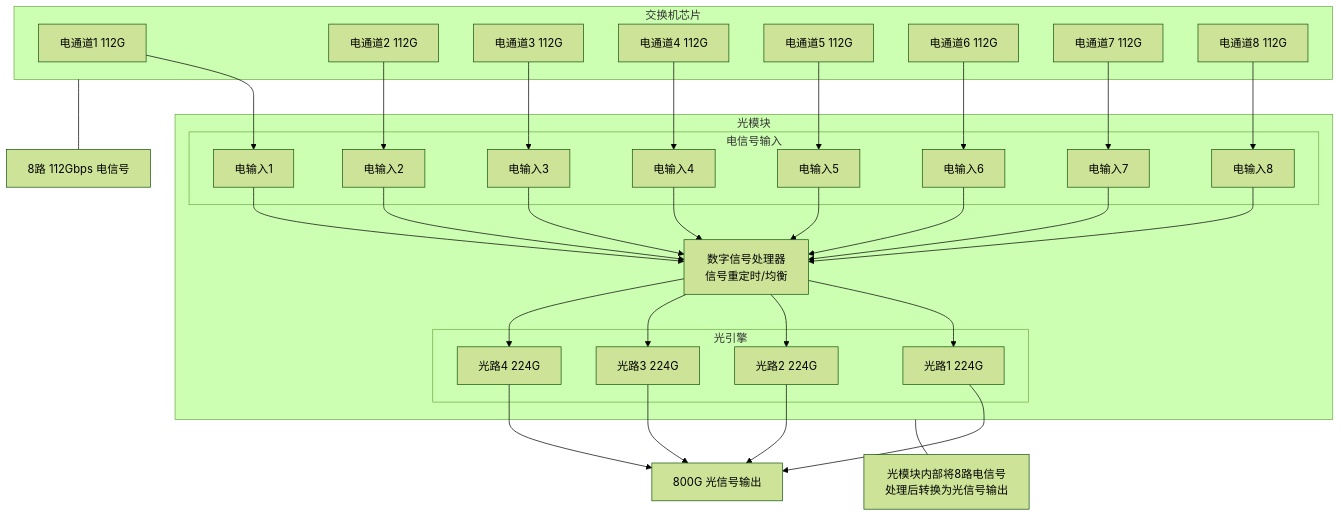
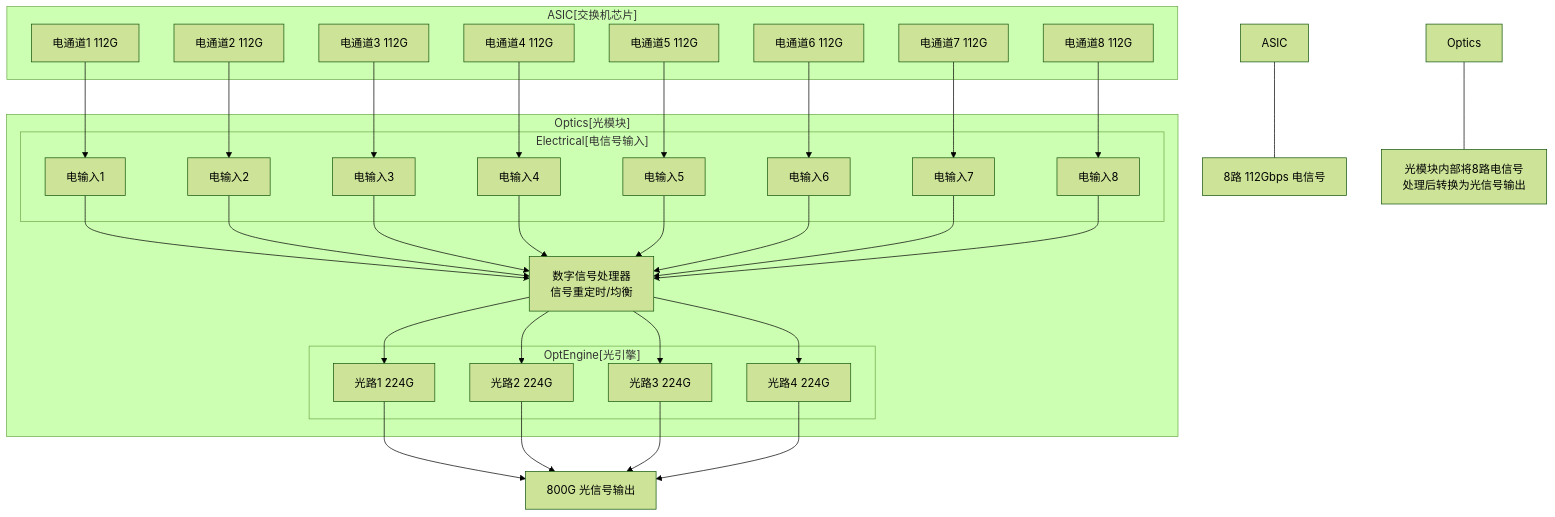
The second of 4 diagrams in output/Data_Center_Ethernet_Technology_and_Evolution_to_224_Gbps/03_下一代以太网速率__112_224_gbps_每通道__.md (jueshi/PocketFlow-Tutorial-Codebase-Knowledge), drawn with Mermaid (forest theme) before and after one commit. The commit also changed other lines of this file and 282 other files, not shown here.

````diff
--- a/output/Data_Center_Ethernet_Technology_and_Evolution_to_224_Gbps/03_下一代以太网速率__112_224_gbps_每通道__.md
+++ b/output/Data_Center_Ethernet_Technology_and_Evolution_to_224_Gbps/03_下一代以太网速率__112_224_gbps_每通道__.md
@@ -105,70 +104,69 @@
 ```mermaid
 graph TD
-    subgraph ASIC[交换机芯片]
+    subgraph "ASIC[交换机芯片]"
         E1[电通道1 112G]
         E2[电通道2 112G]
         E3[电通道3 112G]
         E4[电通道4 112G]
         E5[电通道5 112G]
         E6[电通道6 112G]
         E7[电通道7 112G]
         E8[电通道8 112G]
     end
 
-    subgraph Optics[光模块]
-        subgraph Electrical[电信号输入]
+    subgraph "Optics[光模块]"
+        subgraph "Electrical[电信号输入]"
             O_E1[电输入1]
             O_E2[电输入2]
             O_E3[电输入3]
             O_E4[电输入4]
             O_E5[电输入5]
             O_E6[电输入6]
             O_E7[电输入7]
             O_E8[电输入8]
         end
 
         DSP[数字信号处理器<br>信号重定时/均衡]
 
-        subgraph OptEngine[光引擎]
+        subgraph "OptEngine[光引擎]"
             Opt1[光路1 224G]
             Opt2[光路2 224G]
             Opt3[光路3 224G]
             Opt4[光路4 224G]
         end
     end
 
     E1 --> O_E1
     E2 --> O_E2
     E3 --> O_E3
     E4 --> O_E4
     E5 --> O_E5
     E6 --> O_E6
     E7 --> O_E7
     E8 --> O_E8
 
     O_E1 --> DSP
     O_E2 --> DSP
     O_E3 --> DSP
     O_E4 --> DSP
     O_E5 --> DSP
     O_E6 --> DSP
     O_E7 --> DSP
     O_E8 --> DSP
 
     DSP --> Opt1
     DSP --> Opt2
     DSP --> Opt3
     DSP --> Opt4
 
     Opt1 --> Output[800G 光信号输出]
     Opt2 --> Output
     Opt3 --> Output
     Opt4 --> Output
 
     ASIC_Note[8路 112Gbps 电信号]
     Optics_Note[光模块内部将8路电信号<br>处理后转换为光信号输出]
     
     ASIC --- ASIC_Note
     Optics --- Optics_Note
-
 ```
````
